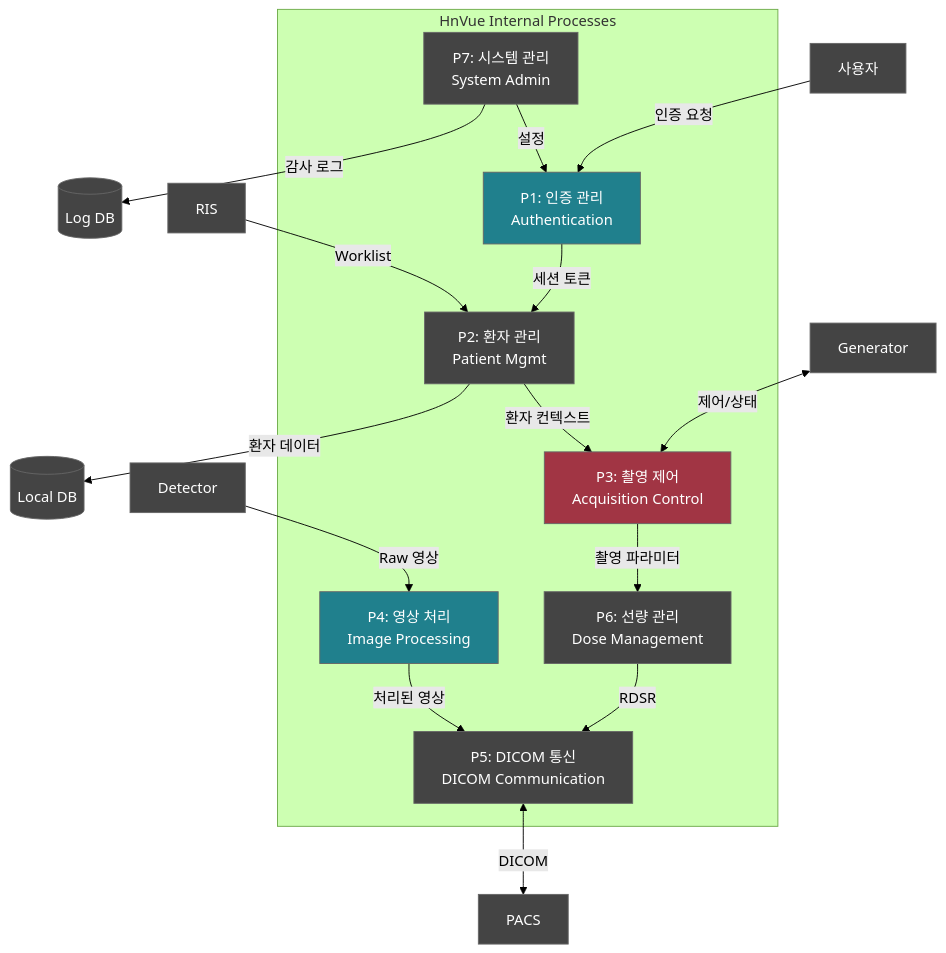
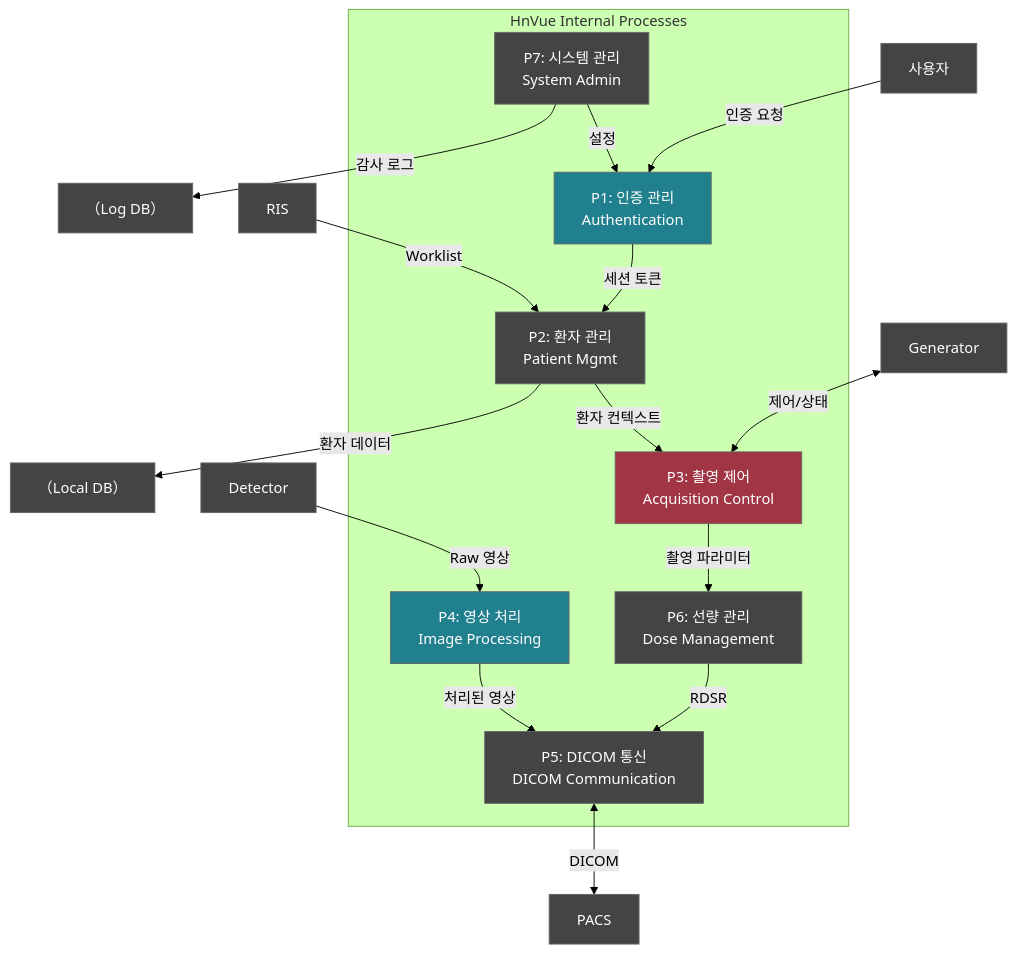
The third of 7 diagrams in docs/risk/DOC-017_ThreatModel_v1.0.md (holee9/console-gui), drawn with Mermaid (forest theme) before and after one commit. The commit also changed 22 other files, not shown here.

First line of the commit message:
fix: Mermaid flowchart 노드 내 괄호 파싱 오류 전면 수정

````diff
--- a/docs/risk/DOC-017_ThreatModel_v1.0.md
+++ b/docs/risk/DOC-017_ThreatModel_v1.0.md
@@ -182,31 +182,31 @@
 ```mermaid
 graph TB
     subgraph "HnVue Internal Processes"
         P1[P1: 인증 관리<br/>Authentication]
         P2[P2: 환자 관리<br/>Patient Mgmt]
         P3[P3: 촬영 제어<br/>Acquisition Control]
         P4[P4: 영상 처리<br/>Image Processing]
         P5[P5: DICOM 통신<br/>DICOM Communication]
         P6[P6: 선량 관리<br/>Dose Management]
         P7[P7: 시스템 관리<br/>System Admin]
     end
     
     EXT_USER[사용자] -->|인증 요청| P1
     P1 -->|세션 토큰| P2
     EXT_RIS[RIS] -->|Worklist| P2
     P2 -->|환자 컨텍스트| P3
     EXT_XGEN[Generator] <-->|제어/상태| P3
     EXT_DET[Detector] -->|Raw 영상| P4
     P3 -->|촬영 파라미터| P6
     P4 -->|처리된 영상| P5
     P5 <-->|DICOM| EXT_PACS[PACS]
     P6 -->|RDSR| P5
     P7 -->|설정| P1
-    P7 -->|감사 로그| DS_LOG[(Log DB)]
-    P2 -->|환자 데이터| DS_DB[(Local DB)]
+    P7 -->|감사 로그| DS_LOG[（Log DB）]
+    P2 -->|환자 데이터| DS_DB[（Local DB）]
     
     classDef default fill:#444,stroke:#666,color:#fff
     style P1 fill:#20808D,color:#fff
     style P3 fill:#A13544,color:#fff
     style P4 fill:#20808D,color:#fff
 ```
````
